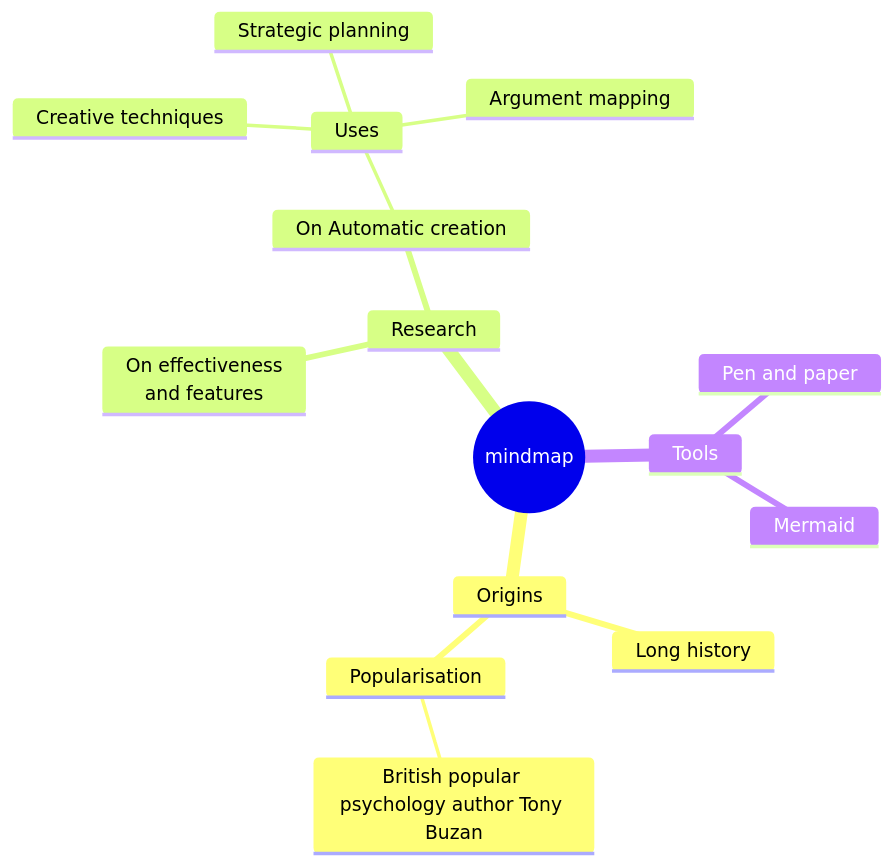
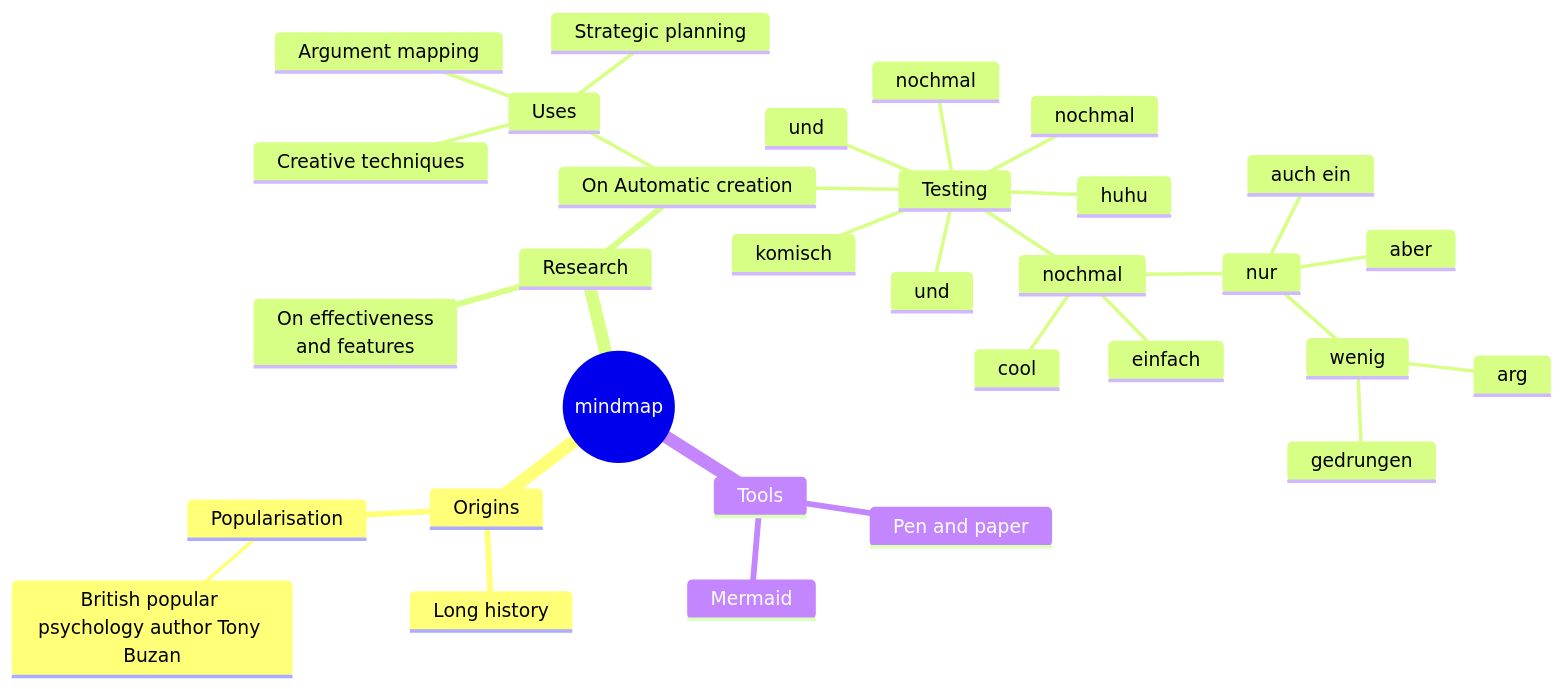
Before and after one commit to flowinho/personal-blog: the second of 2 diagrams in _posts/2016-05-20-welcome-to-jekyll.md, drawn with Mermaid. The commit also changed 4 other files, not shown here.

Commit message:
Mermaid support including light and dark mode

```diff
--- a/_posts/2016-05-20-welcome-to-jekyll.md
+++ b/_posts/2016-05-20-welcome-to-jekyll.md
@@ -21,19 +21,35 @@
 <div class="mermaid">
 mindmap
   root((mindmap))
     Origins
       Long history
       ::icon(fa fa-book)
       Popularisation
         British popular psychology author Tony Buzan
     Research
       On effectiveness<br/>and features
       On Automatic creation
         Uses
             Creative techniques
             Strategic planning
             Argument mapping
+        Testing
+          nochmal
+          und
+          nochmal
+          und 
+          nochmal
+            einfach
+            nur
+              aber
+              auch ein
+              wenig
+                arg
+                gedrungen
+            cool
+          huhu
+          komisch
     Tools
       Pen and paper
       Mermaid
 </div>
```
